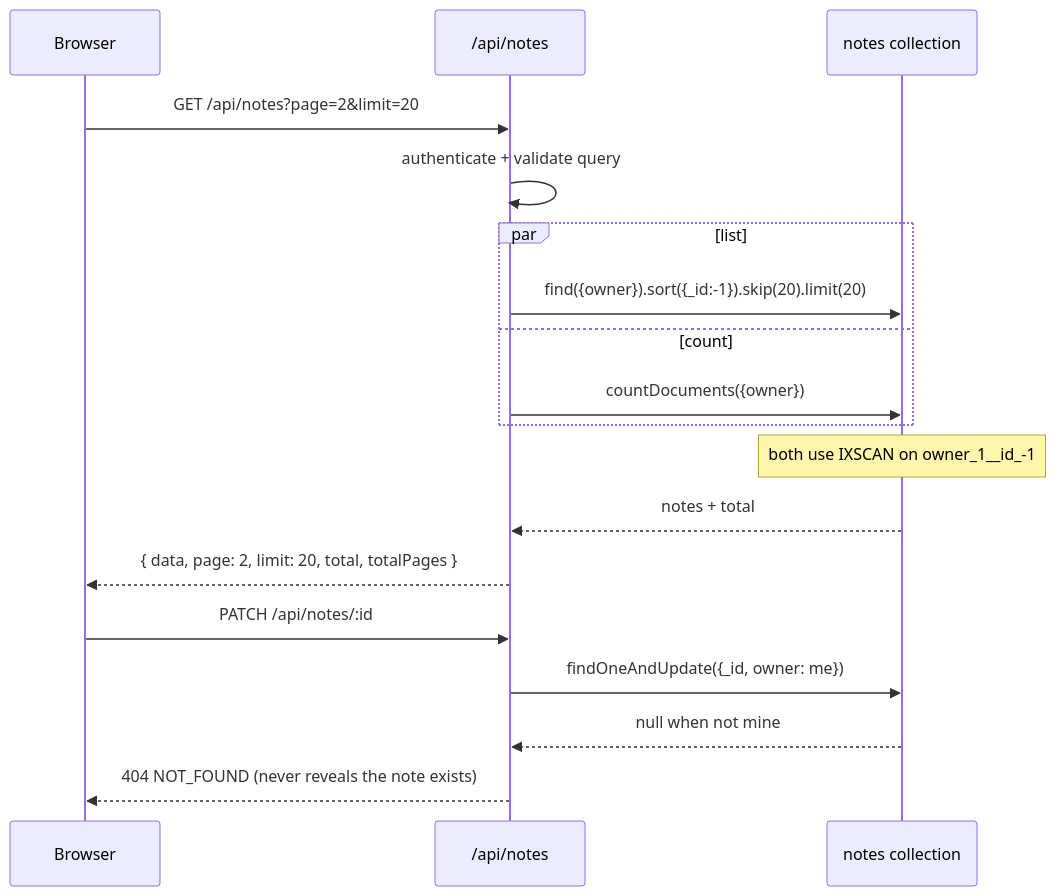
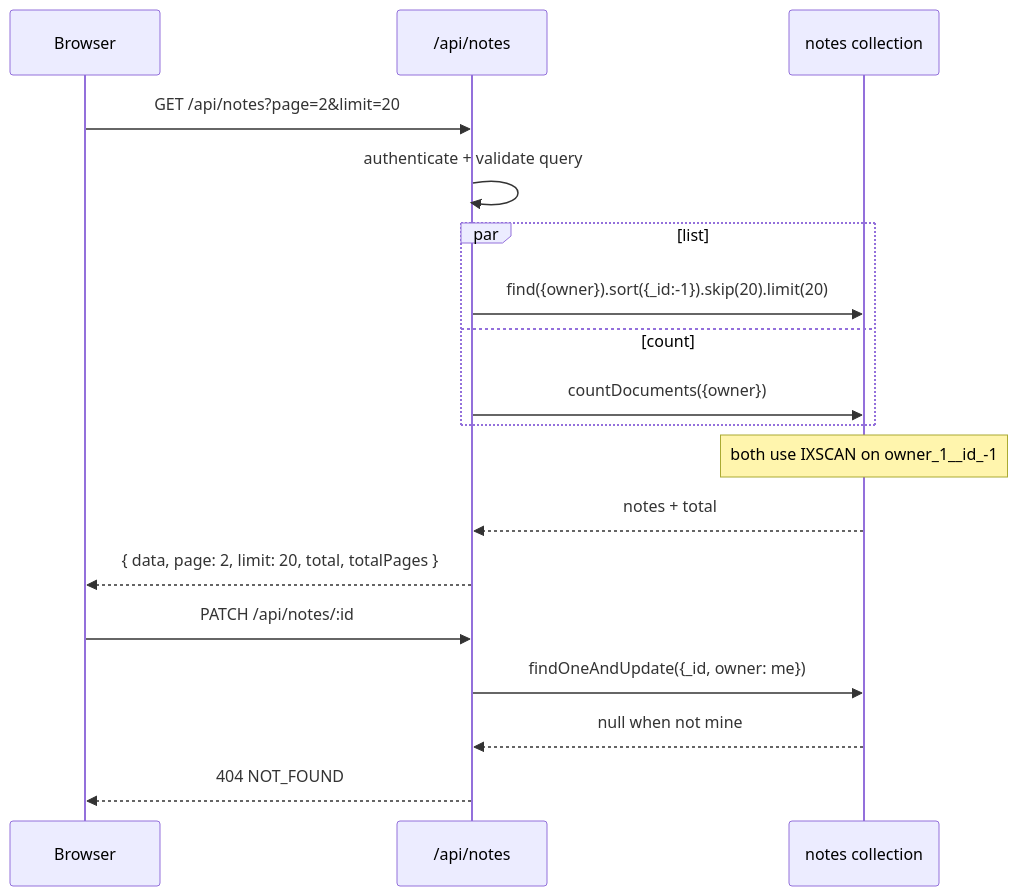
The diagram in docs/feature/milestone-3-notes/module-1-notes-crud/overview.md (rimi-1234/note-taking-), drawn with Mermaid before and after one commit. The commit also changed other lines of this file and 9 other files, not shown here.

````diff
--- a/docs/feature/milestone-3-notes/module-1-notes-crud/overview.md
+++ b/docs/feature/milestone-3-notes/module-1-notes-crud/overview.md
@@ -20,20 +20,20 @@
 ```mermaid
 sequenceDiagram
     participant B as Browser
     participant API as /api/notes
     participant DB as notes collection
     B->>API: GET /api/notes?page=2&limit=20
     API->>API: authenticate + validate query
     par list
         API->>DB: find({owner}).sort({_id:-1}).skip(20).limit(20)
     and count
         API->>DB: countDocuments({owner})
     end
     Note over DB: both use IXSCAN on owner_1__id_-1
     DB-->>API: notes + total
     API-->>B: { data, page: 2, limit: 20, total, totalPages }
     B->>API: PATCH /api/notes/:id
     API->>DB: findOneAndUpdate({_id, owner: me})
     DB-->>API: null when not mine
-    API-->>B: 404 NOT_FOUND (never reveals the note exists)
+    API-->>B: 404 NOT_FOUND
 ```
````
